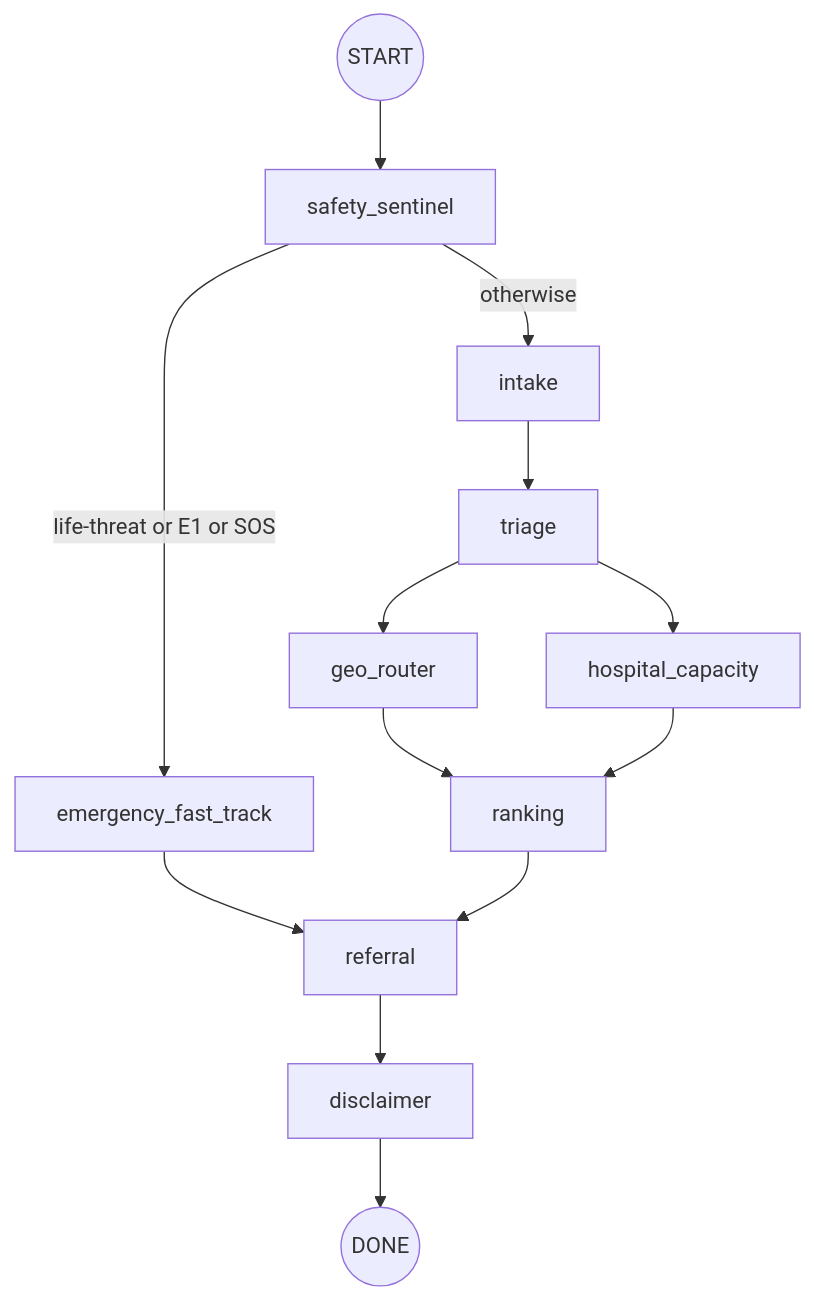
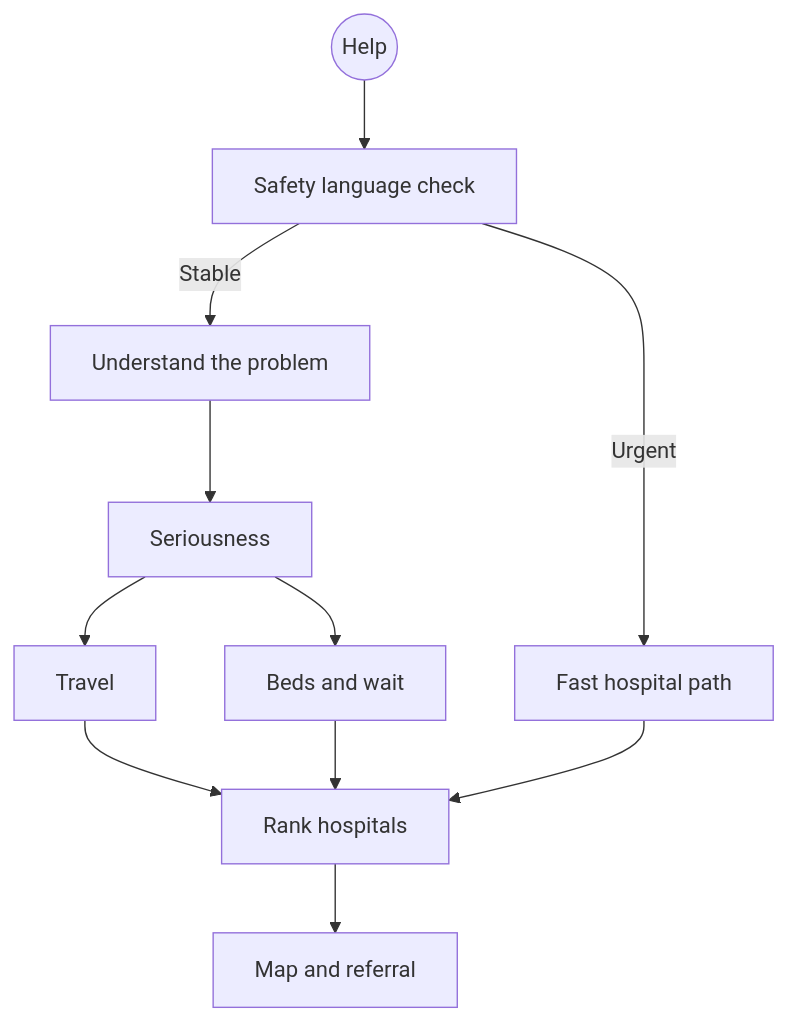
One commit to dipanshuchoudhary-data/LifeRouteAI changed the fourth of 4 diagrams in README.md. Above: the diagram before and after it, drawn with Mermaid. The commit also changed other lines of this file and 126 other files, not shown here.

````diff
--- a/README.md
+++ b/README.md
@@ -265,17 +204,13 @@
 ```mermaid
 flowchart TD
-    START((START)) --> SEN["safety_sentinel"]
-
-    SEN -->|life-threat or E1 or SOS| FT["emergency_fast_track"]
-    SEN -->|otherwise| INTAKE["intake"]
-
-    FT --> REF["referral"]
-    INTAKE --> TR["triage"]
-    TR --> GEO["geo_router"]
-    TR --> CAP["hospital_capacity"]
-    GEO --> RK["ranking"]
-    CAP --> RK
-    RK --> REF
-    REF --> DIS["disclaimer"]
-    DIS --> DONE((DONE))
+    START((Help)) --> SEN["Safety language check"]
+    SEN -->|Urgent| FAST["Fast hospital path"]
+    SEN -->|Stable| IN["Understand the problem"]
+    IN --> TRI["Seriousness"]
+    TRI --> GEO["Travel"]
+    TRI --> CAP["Beds and wait"]
+    GEO --> RANK["Rank hospitals"]
+    CAP --> RANK
+    FAST --> RANK
+    RANK --> SHOW["Map and referral"]
 ```
````
